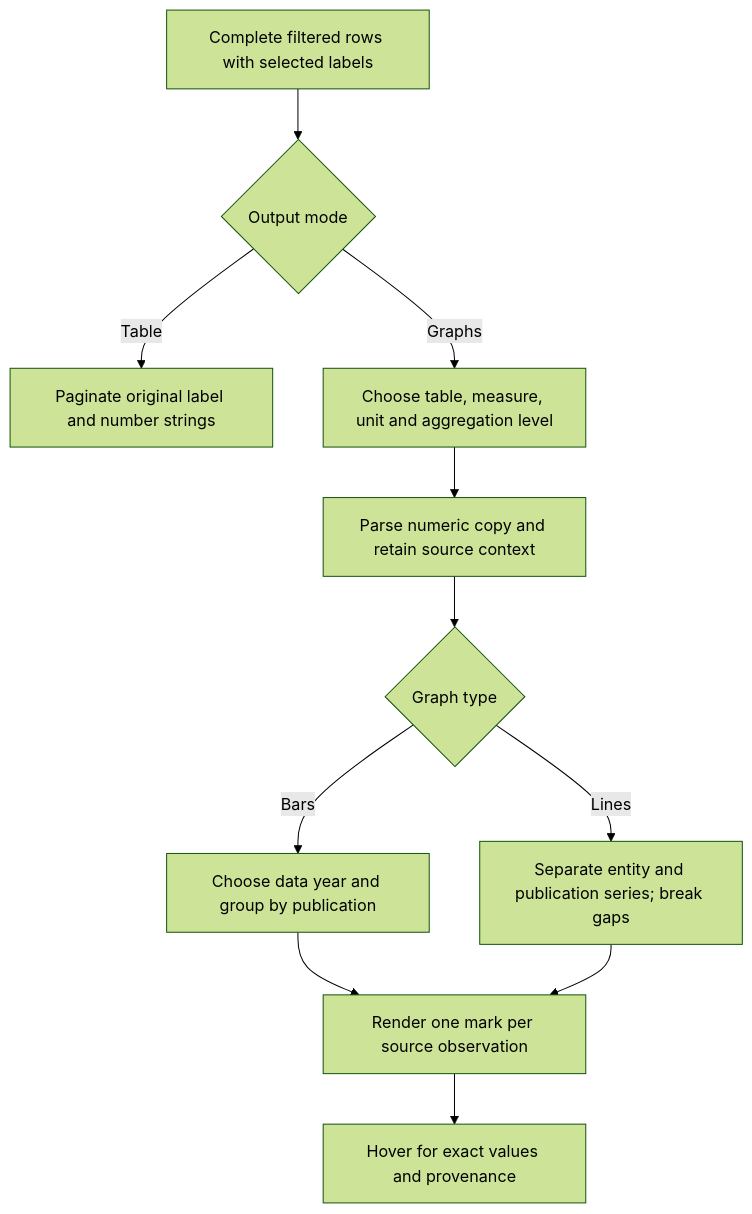
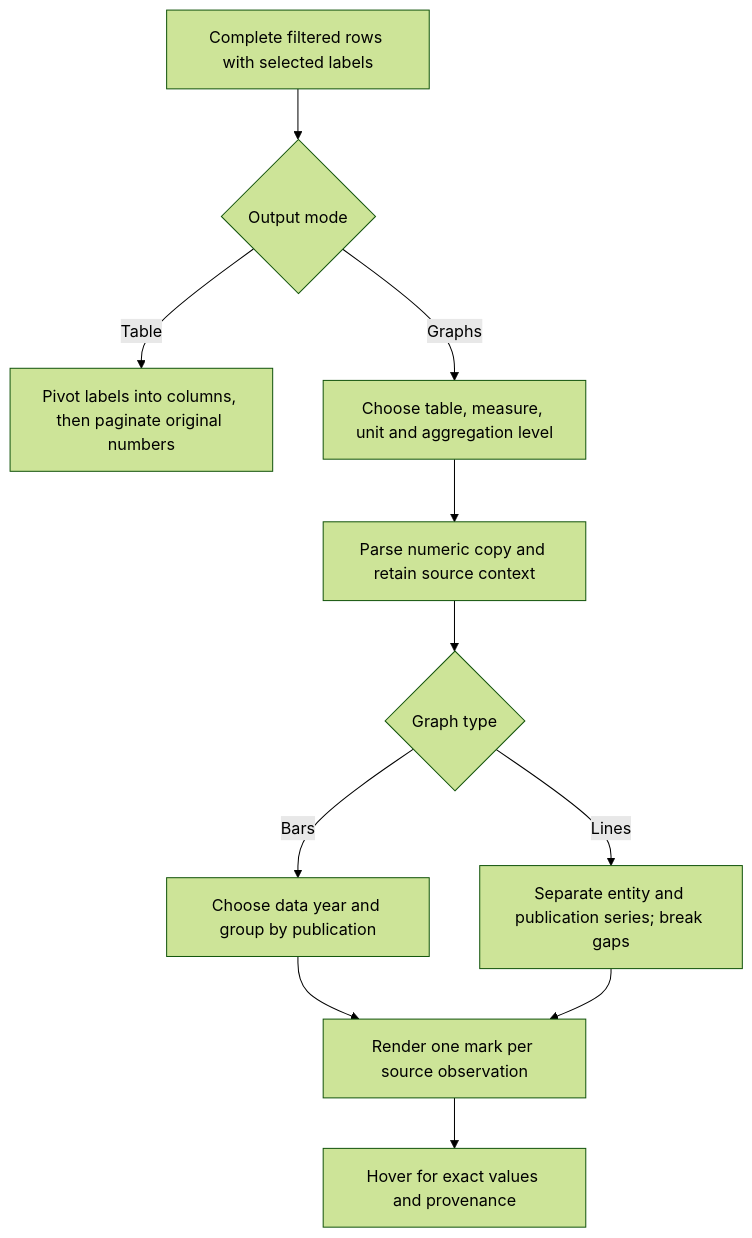
One commit to Ribhu-bhardwaj/Open-PFC changed the fifth of 5 diagrams in dashboard/decision.md. Above: the diagram before and after it, drawn with Mermaid (forest theme). The commit also changed other lines of this file and 6 other files, not shown here.

Commit message:
Display selected measures as right-aligned table columns

````diff
--- a/dashboard/decision.md
+++ b/dashboard/decision.md
@@ -234,13 +258,13 @@
 ```mermaid
 flowchart TD
     A[Complete filtered rows with selected labels] --> B{Output mode}
-    B -->|Table| C[Paginate original label and number strings]
+    B -->|Table| C[Pivot labels into columns, then paginate original numbers]
     B -->|Graphs| D[Choose table, measure, unit and aggregation level]
     D --> E[Parse numeric copy and retain source context]
     E --> F{Graph type}
     F -->|Bars| G[Choose data year and group by publication]
     F -->|Lines| H[Separate entity and publication series; break gaps]
     G --> I[Render one mark per source observation]
     H --> I
     I --> J[Hover for exact values and provenance]
 ```
````
